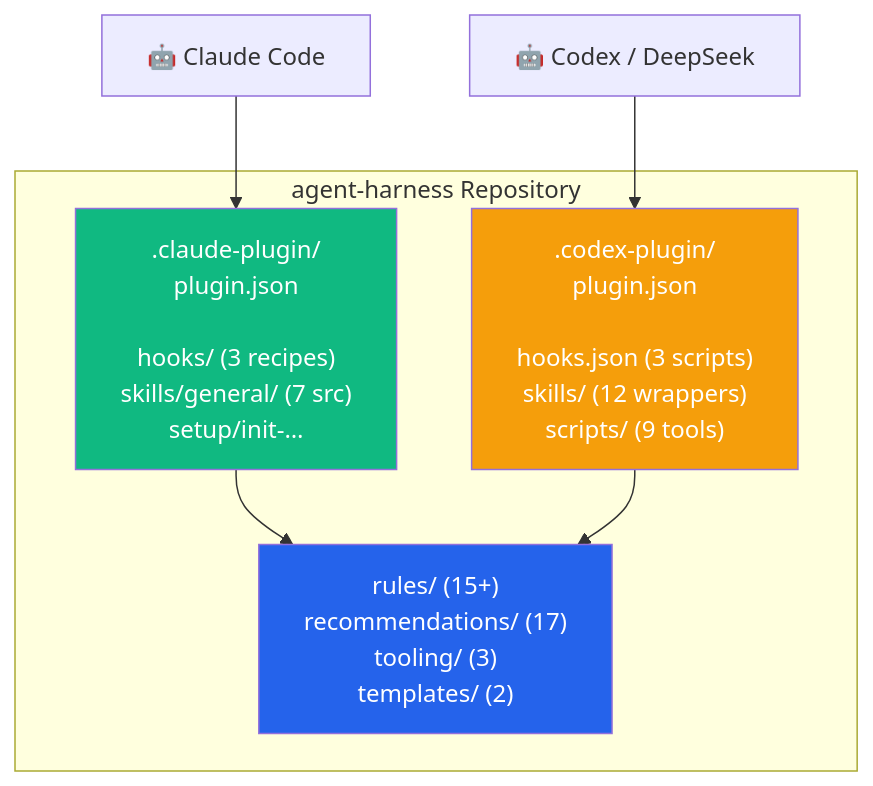
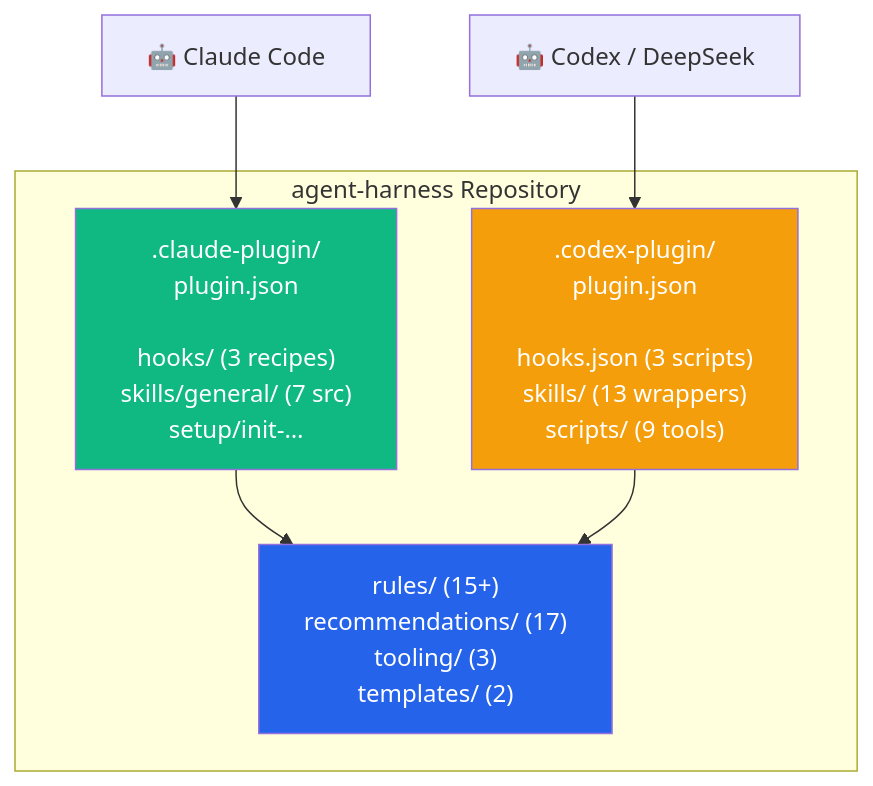
The diagram in README.md (jajupmochi/agent-harness), drawn with Mermaid before and after one commit. The commit also changed 5 other files, not shown here.

````diff
--- a/README.md
+++ b/README.md
@@ -231,17 +231,17 @@
 ```mermaid
 graph TD
     subgraph "agent-harness Repository"
         CC[".claude-plugin/<br/>plugin.json<br/><br/>hooks/ (3 recipes)<br/>skills/general/ (7 src)<br/>setup/init-…"]
-        CX[".codex-plugin/<br/>plugin.json<br/><br/>hooks.json (3 scripts)<br/>skills/ (12 wrappers)<br/>scripts/ (9 tools)"]
+        CX[".codex-plugin/<br/>plugin.json<br/><br/>hooks.json (3 scripts)<br/>skills/ (13 wrappers)<br/>scripts/ (9 tools)"]
         SHARED["rules/ (15+)<br/>recommendations/ (17)<br/>tooling/ (3)<br/>templates/ (2)"]
     end
 
     CLAUDE["🤖 Claude Code"] --> CC
     CODEX["🤖 Codex / DeepSeek"] --> CX
     CC --> SHARED
     CX --> SHARED
 
     style SHARED fill:#2563EB,color:#fff
     style CC fill:#10B981,color:#fff
     style CX fill:#F59E0B,color:#fff
 ```
````
